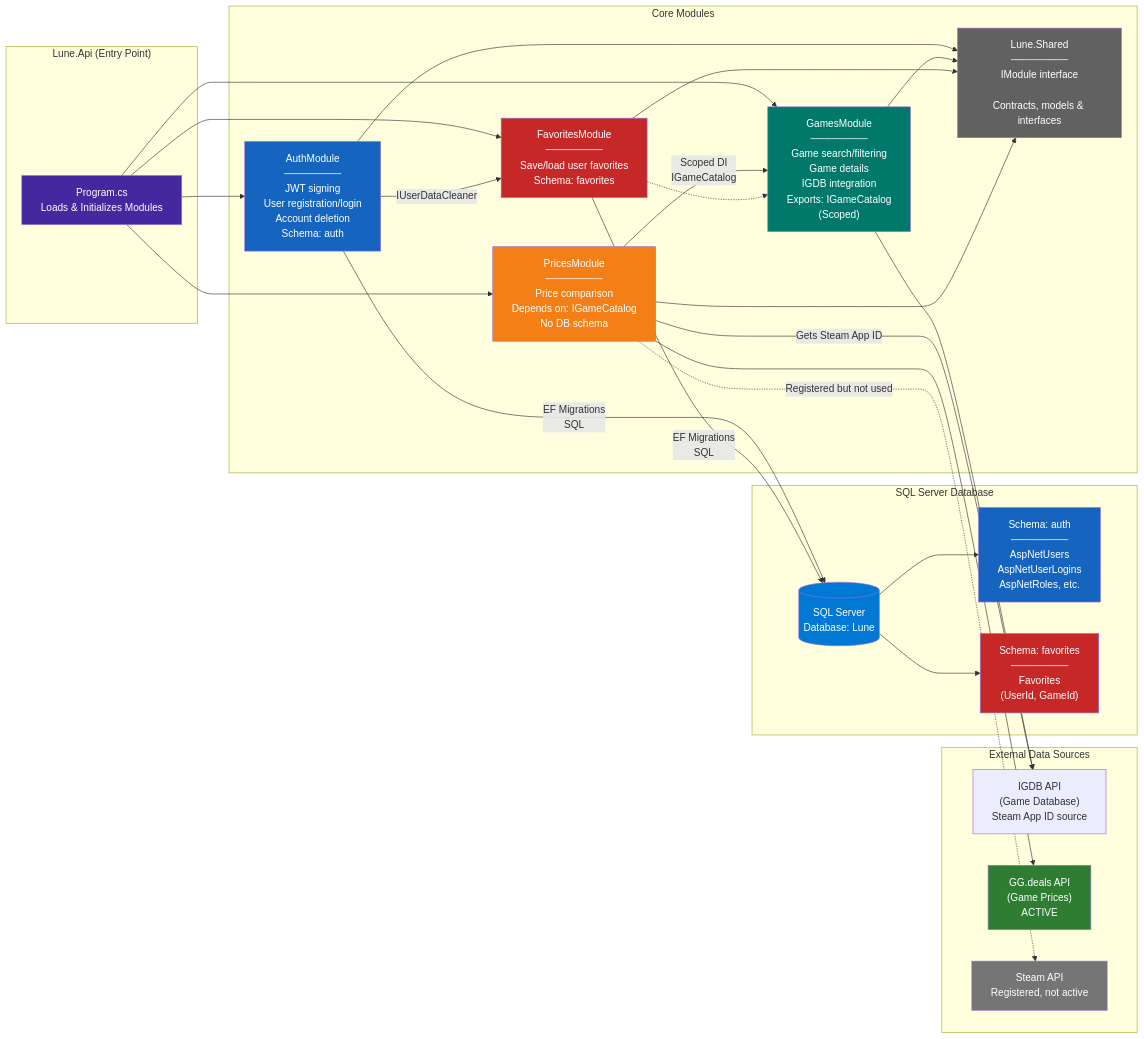
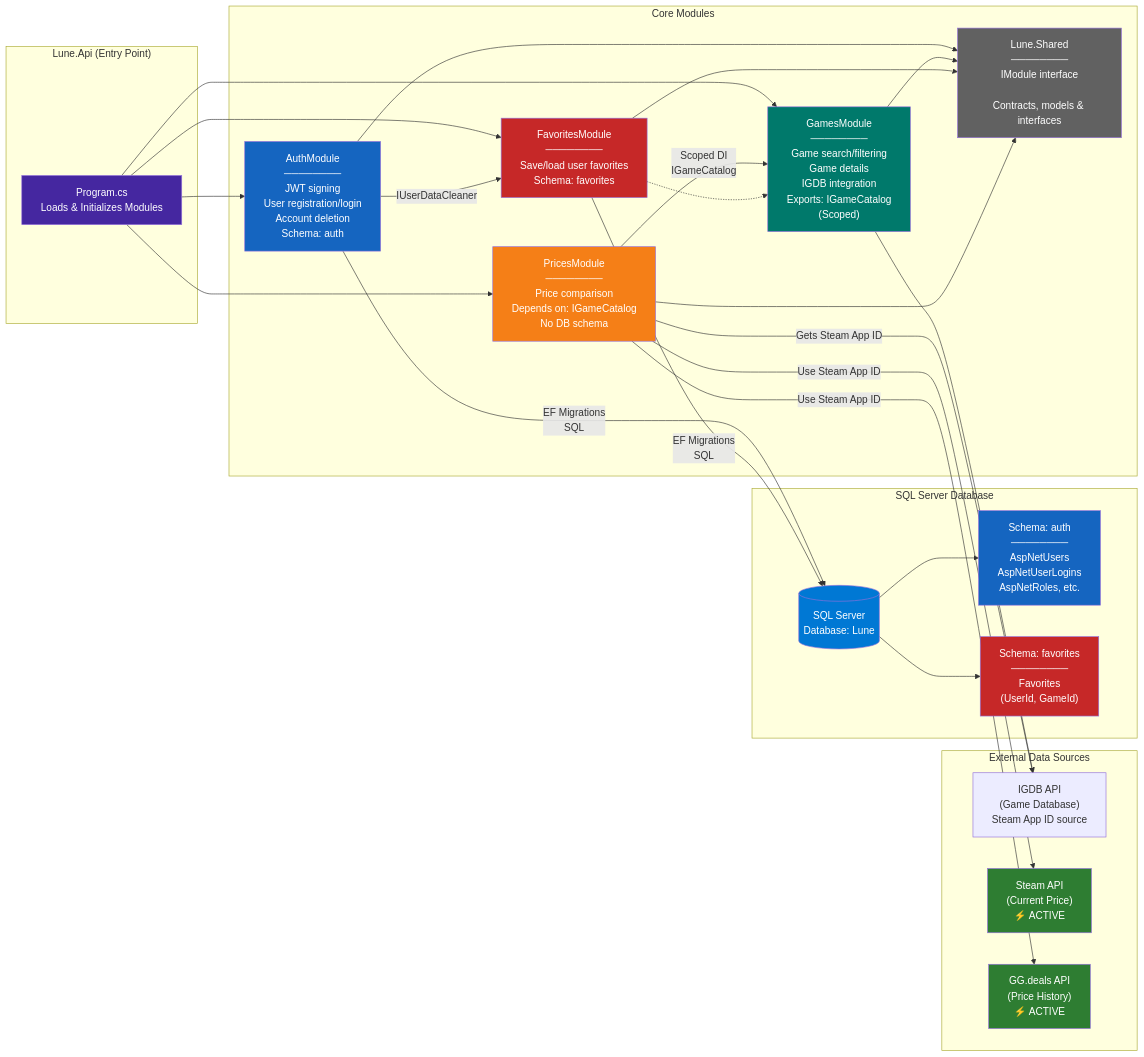
One commit to Terranova-hackathon/lune changed the second of 3 diagrams in docs/ARCHITECTURE.md. Above: the diagram before and after it, drawn with Mermaid. The commit also changed other lines of this file, not shown here.

Commit message:
amending steam inputs for arc docs

````diff
--- a/docs/ARCHITECTURE.md
+++ b/docs/ARCHITECTURE.md
@@ -98,67 +72,67 @@
 ```mermaid
 graph LR
     subgraph "Lune.Api (Entry Point)"
         PROG["Program.cs<br/>Loads & Initializes Modules"]
     end
     
     subgraph "Core Modules"
         AUTH["AuthModule<br/>────────<br/>JWT signing<br/>User registration/login<br/>Account deletion<br/>Schema: auth"]
         
         GAMES["GamesModule<br/>────────<br/>Game search/filtering<br/>Game details<br/>IGDB integration<br/>Exports: IGameCatalog<br/>(Scoped)"]
         
         FAV["FavoritesModule<br/>────────<br/>Save/load user favorites<br/>Schema: favorites"]
         
         PRICES["PricesModule<br/>────────<br/>Price comparison<br/>Depends on: IGameCatalog<br/>No DB schema"]
 
         SHARED["Lune.Shared<br/>────────<br/>IModule interface<br/><br/>Contracts, models & interfaces"]
     end
     
     subgraph "SQL Server Database"
         DB[("SQL Server<br/>Database: Lune")]
         AUTHDB["Schema: auth<br/>────────<br/>AspNetUsers<br/>AspNetUserLogins<br/>AspNetRoles, etc."]
         FAVDB["Schema: favorites<br/>────────<br/>Favorites<br/>(UserId, GameId)"]
     end
     
     subgraph "External Data Sources"
         IGDB["IGDB API<br/>(Game Database)<br/>Steam App ID source"]
-        GGDEALS["GG.deals API<br/>(Game Prices)<br/>ACTIVE"]
-        STEAM["Steam API<br/> Registered, not active"]
+        STEAM["Steam API<br/>(Current Price)<br/>⚡ ACTIVE"]
+        GGDEALS["GG.deals API<br/>(Price History)<br/>⚡ ACTIVE"]
     end
     
     PROG --> AUTH
     PROG --> GAMES
     PROG --> FAV
     PROG --> PRICES
     
     AUTH --> SHARED
     GAMES --> SHARED
     FAV --> SHARED
     PRICES --> SHARED
     
     GAMES --> IGDB
+    PRICES -->|Gets Steam App ID| IGDB
     PRICES -->|Scoped DI<br/>IGameCatalog| GAMES
-    PRICES -->|Gets Steam App ID| IGDB
-    PRICES --> GGDEALS
-    PRICES -.->|Registered but not used| STEAM
+    PRICES -->|Use Steam App ID| STEAM
+    PRICES -->|Use Steam App ID| GGDEALS
     
     FAV -.-> GAMES
     
     AUTH -->|IUserDataCleaner| FAV
     
     AUTH -->|EF Migrations<br/>SQL| DB
     DB --> AUTHDB
     FAV -->|EF Migrations<br/>SQL| DB
     DB --> FAVDB
     
     style PROG fill:#4527a0,color:#fff
     style AUTH fill:#1565c0,color:#fff
     style GAMES fill:#00796b,color:#fff
     style FAV fill:#c62828,color:#fff
     style PRICES fill:#f57f17,color:#fff
     style SHARED fill:#616161,color:#fff
     style DB fill:#0078d4,color:#fff
     style AUTHDB fill:#1565c0,color:#fff
     style FAVDB fill:#c62828,color:#fff
+    style STEAM fill:#2e7d32,color:#fff
     style GGDEALS fill:#2e7d32,color:#fff
-    style STEAM fill:#757575,color:#fff
 ```
````
